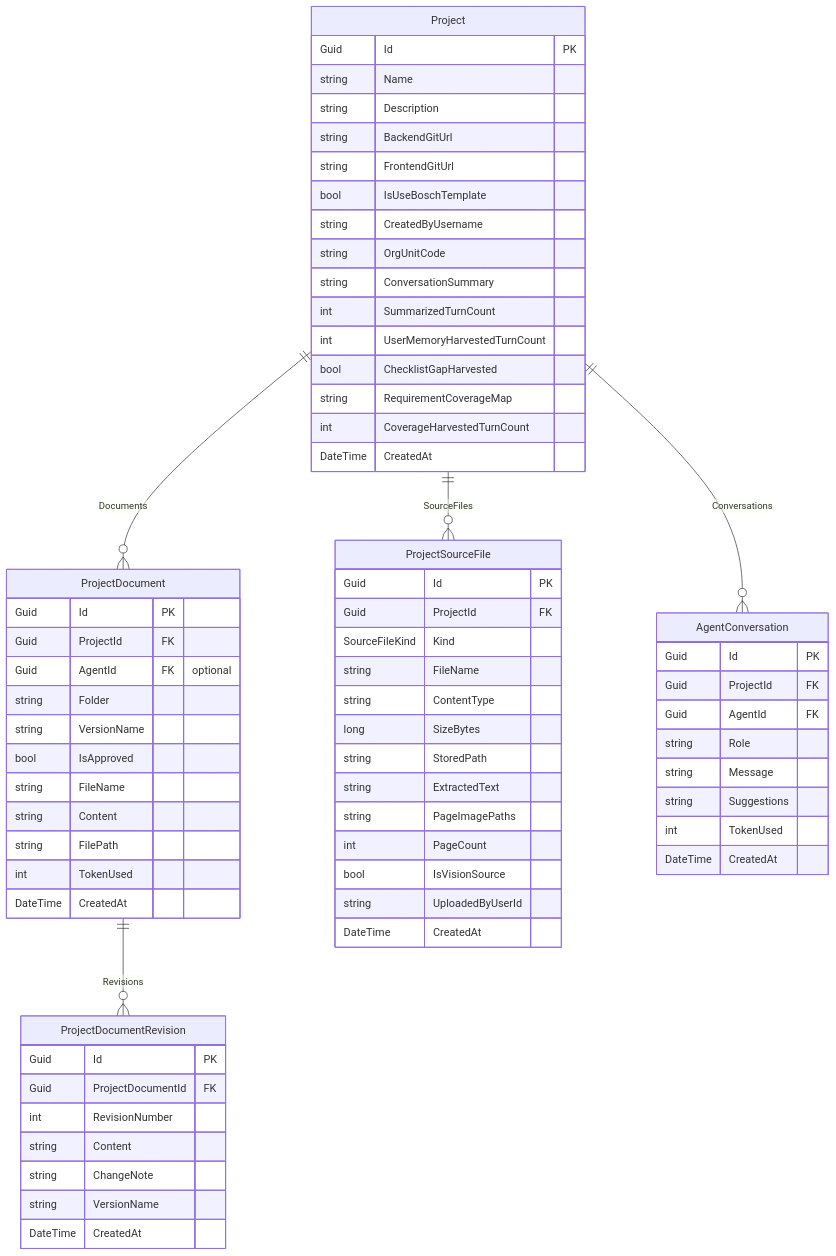
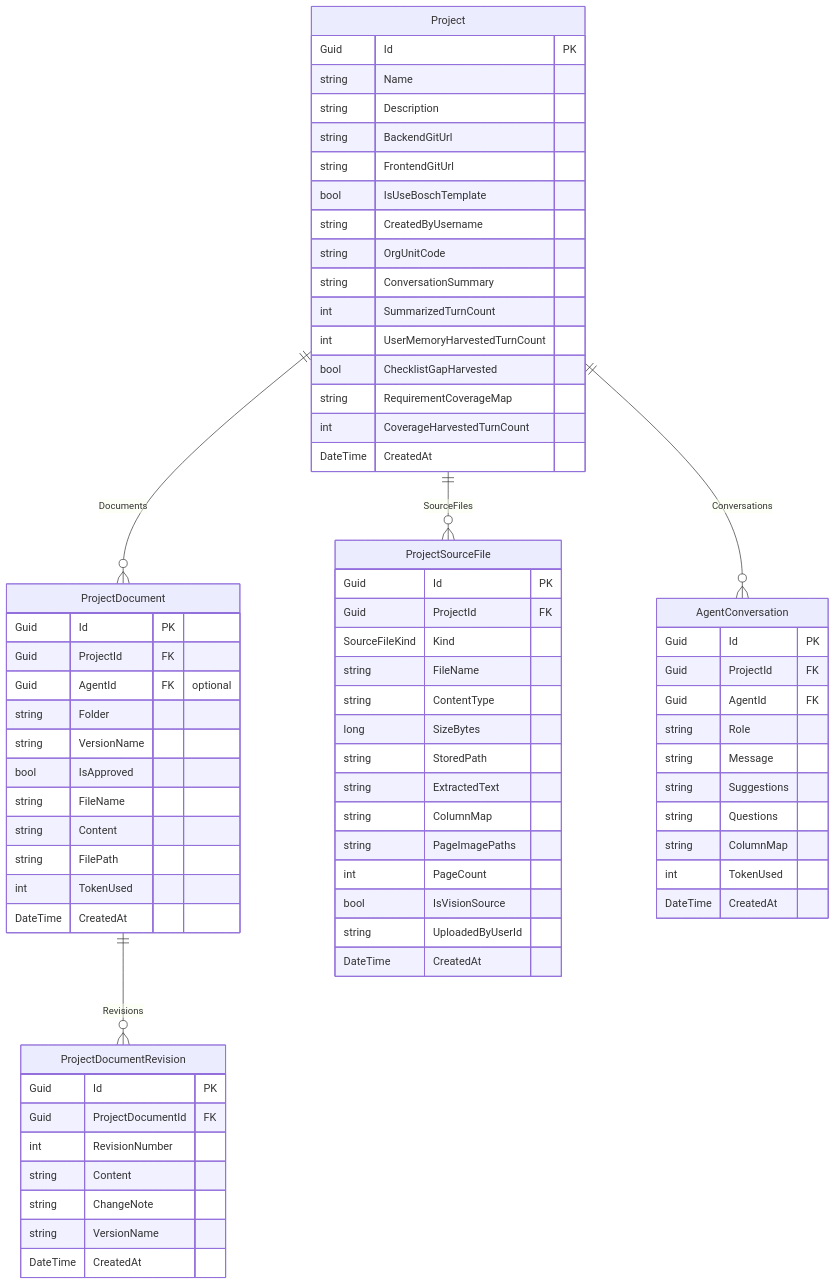
Before and after one commit to Songlong0506/ICOGenerator-v4: the second of 9 diagrams in docs/data-model.md, drawn with Mermaid. The commit also changed other lines of this file and 31 other files, not shown here.

````diff
--- a/docs/data-model.md
+++ b/docs/data-model.md
@@ -95,76 +95,79 @@
 ```mermaid
 erDiagram
     Project {
         Guid Id PK
         string Name
         string Description
         string BackendGitUrl
         string FrontendGitUrl
         bool IsUseBoschTemplate
         string CreatedByUsername
         string OrgUnitCode
         string ConversationSummary
         int SummarizedTurnCount
         int UserMemoryHarvestedTurnCount
         bool ChecklistGapHarvested
         string RequirementCoverageMap
         int CoverageHarvestedTurnCount
         DateTime CreatedAt
     }
 
     ProjectDocument {
         Guid Id PK
         Guid ProjectId FK
         Guid AgentId FK "optional"
         string Folder
         string VersionName
         bool IsApproved
         string FileName
         string Content
         string FilePath
         int TokenUsed
         DateTime CreatedAt
     }
 
     ProjectDocumentRevision {
         Guid Id PK
         Guid ProjectDocumentId FK
         int RevisionNumber
         string Content
         string ChangeNote
         string VersionName
         DateTime CreatedAt
     }
 
     ProjectSourceFile {
         Guid Id PK
         Guid ProjectId FK
         SourceFileKind Kind
         string FileName
         string ContentType
         long SizeBytes
         string StoredPath
         string ExtractedText
+        string ColumnMap
         string PageImagePaths
         int PageCount
         bool IsVisionSource
         string UploadedByUserId
         DateTime CreatedAt
     }
 
     AgentConversation {
         Guid Id PK
         Guid ProjectId FK
         Guid AgentId FK
         string Role
         string Message
         string Suggestions
+        string Questions
+        string ColumnMap
         int TokenUsed
         DateTime CreatedAt
     }
 
     Project ||--o{ ProjectDocument : Documents
     ProjectDocument ||--o{ ProjectDocumentRevision : Revisions
     Project ||--o{ ProjectSourceFile : SourceFiles
     Project ||--o{ AgentConversation : Conversations
 ```
````
